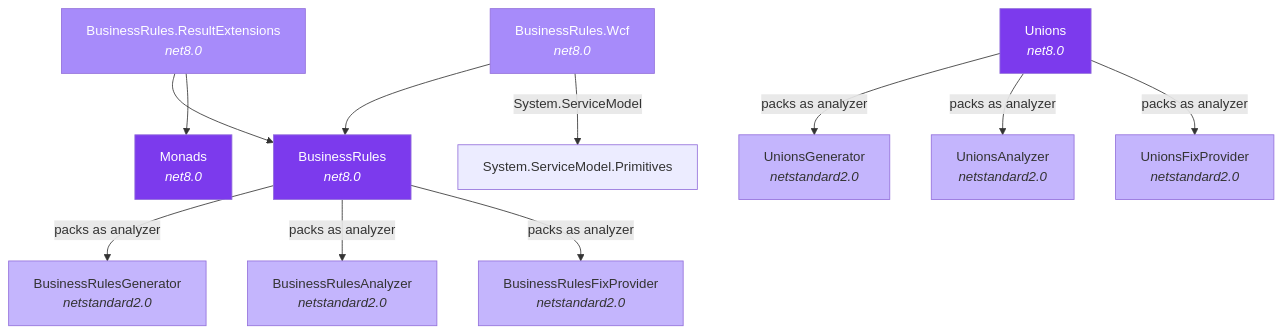
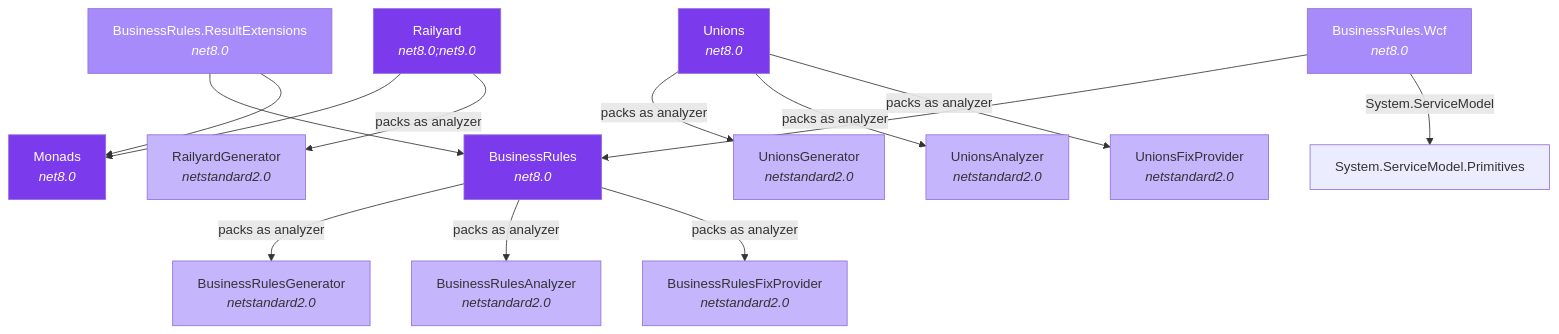
One commit to MauroVerberkt/MaVe changed the diagram in docs/architecture/overview.md. Above: the diagram before and after it, drawn with Mermaid. The commit also changed other lines of this file and 23 other files, not shown here.

First line of the commit message:
chore(railyard): v1.0.0 packaging, documentation, and architecture records (#39)

````diff
--- a/docs/architecture/overview.md
+++ b/docs/architecture/overview.md
@@ -25,37 +26,43 @@
 ```mermaid
 graph TD
     HM[Monads<br/><i>net8.0</i>]
     BR[BusinessRules<br/><i>net8.0</i>]
     BRG[BusinessRulesGenerator<br/><i>netstandard2.0</i>]
     BRA[BusinessRulesAnalyzer<br/><i>netstandard2.0</i>]
     BRF[BusinessRulesFixProvider<br/><i>netstandard2.0</i>]
     BRRE[BusinessRules.ResultExtensions<br/><i>net8.0</i>]
     BRW[BusinessRules.Wcf<br/><i>net8.0</i>]
     HU[Unions<br/><i>net8.0</i>]
     HUG[UnionsGenerator<br/><i>netstandard2.0</i>]
     HUA[UnionsAnalyzer<br/><i>netstandard2.0</i>]
     HUF[UnionsFixProvider<br/><i>netstandard2.0</i>]
+    RY[Railyard<br/><i>net8.0;net9.0</i>]
+    RYG[RailyardGenerator<br/><i>netstandard2.0</i>]
 
     BR -->|packs as analyzer| BRG
     BR -->|packs as analyzer| BRA
     BR -->|packs as analyzer| BRF
     BRRE --> BR
     BRRE --> HM
     BRW --> BR
     BRW -->|System.ServiceModel| WCF[System.ServiceModel.Primitives]
     HU -->|packs as analyzer| HUG
     HU -->|packs as analyzer| HUA
     HU -->|packs as analyzer| HUF
+    RY --> HM
+    RY -->|packs as analyzer| RYG
 
     style HM fill:#7c3aed,color:#fff
     style BR fill:#7c3aed,color:#fff
     style HU fill:#7c3aed,color:#fff
+    style RY fill:#7c3aed,color:#fff
     style BRRE fill:#a78bfa,color:#fff
     style BRW fill:#a78bfa,color:#fff
     style BRG fill:#c4b5fd,color:#333
     style BRA fill:#c4b5fd,color:#333
     style BRF fill:#c4b5fd,color:#333
     style HUG fill:#c4b5fd,color:#333
     style HUA fill:#c4b5fd,color:#333
     style HUF fill:#c4b5fd,color:#333
+    style RYG fill:#c4b5fd,color:#333
 ```
````
